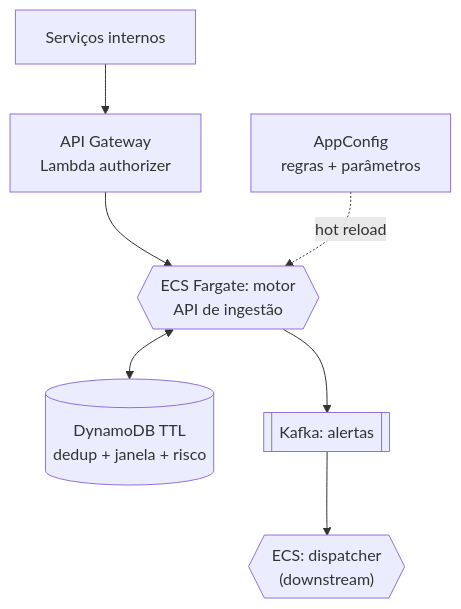
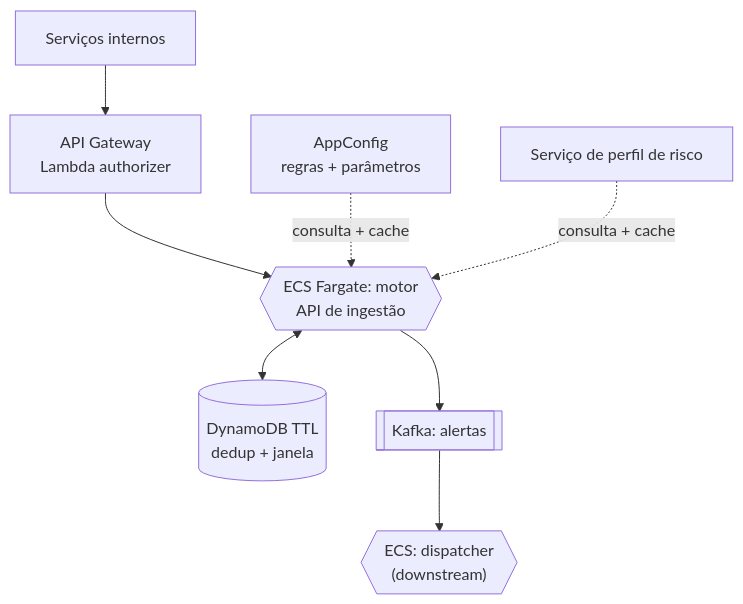
One commit to edvargas/motor-api changed the second of 3 diagrams in docs/proposta-motor-deteccao-transacoes.md. Above: the diagram before and after it, drawn with Mermaid. The commit also changed other lines of this file, not shown here.

````diff
--- a/docs/proposta-motor-deteccao-transacoes.md
+++ b/docs/proposta-motor-deteccao-transacoes.md
@@ -36,9 +36,10 @@
 ```mermaid
 flowchart TB
   SI["Serviços internos"] --> AG["API Gateway<br/>Lambda authorizer"]
   AG --> MOT{{"ECS Fargate: motor<br/>API de ingestão"}}
-  MOT <--> DDB[("DynamoDB TTL<br/>dedup + janela + risco")]
-  AC["AppConfig<br/>regras + parâmetros"] -.hot reload.-> MOT
+  MOT <--> DDB[("DynamoDB TTL<br/>dedup + janela")]
+  AC["AppConfig<br/>regras + parâmetros"] -.consulta + cache.-> MOT
+  RS["Serviço de perfil de risco"] -.consulta + cache.-> MOT
   MOT --> KA[["Kafka: alertas"]]
   KA --> DISP{{"ECS: dispatcher<br/>(downstream)"}}
 ```
````
